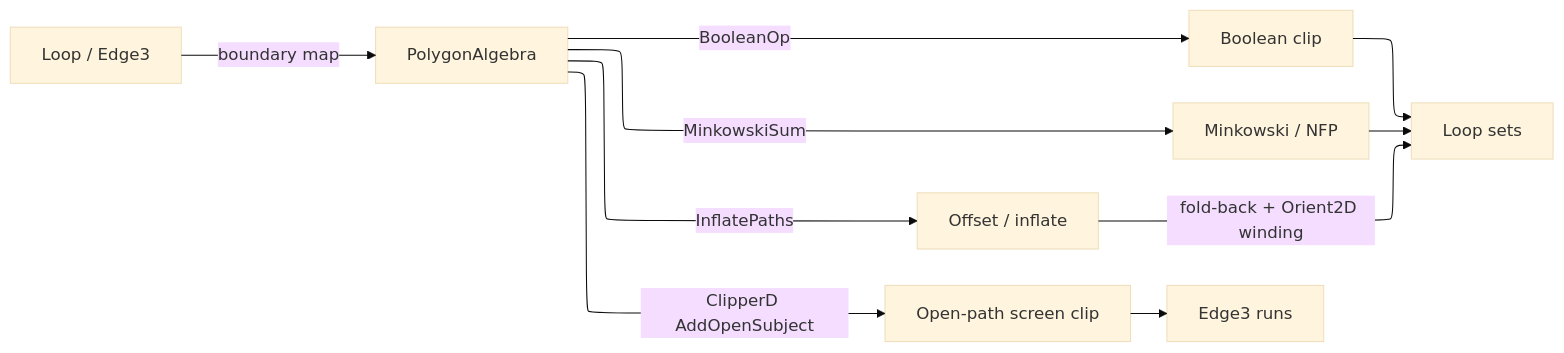
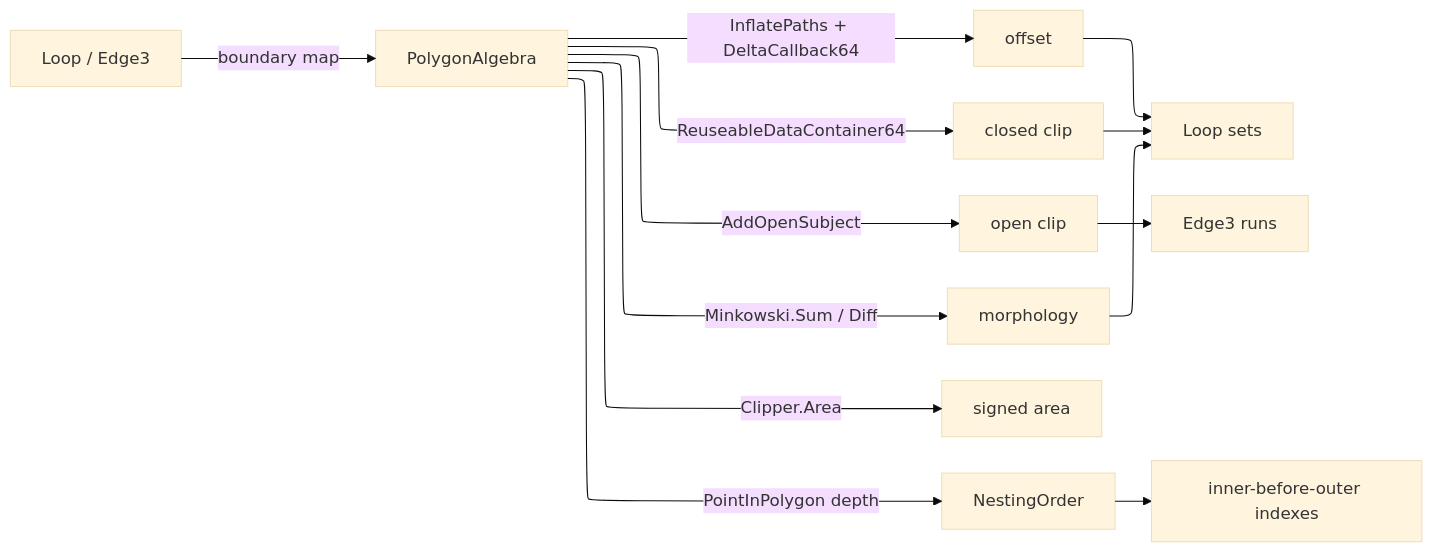
One commit to bsamiee/Rasm changed the diagram in libs/csharp/Rasm.Fabrication/.planning/Geometry2D/algebra.md. Above: the diagram before and after it, drawn with Mermaid. The commit also changed other lines of this file and 181 other files, not shown here.

````diff
--- a/libs/csharp/Rasm.Fabrication/.planning/Geometry2D/algebra.md
+++ b/libs/csharp/Rasm.Fabrication/.planning/Geometry2D/algebra.md
@@ -274,17 +179,20 @@
 ```mermaid
 ---
 config:
   layout: elk
   theme: base
 ---
 flowchart LR
     Loop["Loop / Edge3"] -->|boundary map| PA["PolygonAlgebra"]
-    PA -->|InflatePaths| Offset["Offset / inflate"]
-    PA -->|BooleanOp| Clip["Boolean clip"]
-    PA -->|MinkowskiSum| NFP["Minkowski / NFP"]
-    PA -->|ClipperD AddOpenSubject| Screen["Open-path screen clip"]
-    Offset -->|fold-back + Orient2D winding| LoopOut["Loop sets"]
-    Clip --> LoopOut
-    NFP --> LoopOut
-    Screen --> EdgeOut["Edge3 runs"]
+    PA -->|InflatePaths + DeltaCallback64| Offset["offset"]
+    PA -->|ReuseableDataContainer64| Clip["closed clip"]
+    PA -->|AddOpenSubject| Open["open clip"]
+    PA -->|Minkowski.Sum / Diff| Morph["morphology"]
+    PA -->|Clipper.Area| Measure["signed area"]
+    PA -->|PointInPolygon depth| Order["NestingOrder"]
+    Offset --> Out["Loop sets"]
+    Clip --> Out
+    Morph --> Out
+    Open --> EdgeOut["Edge3 runs"]
+    Order --> IndexOut["inner-before-outer indexes"]
 ```
````
